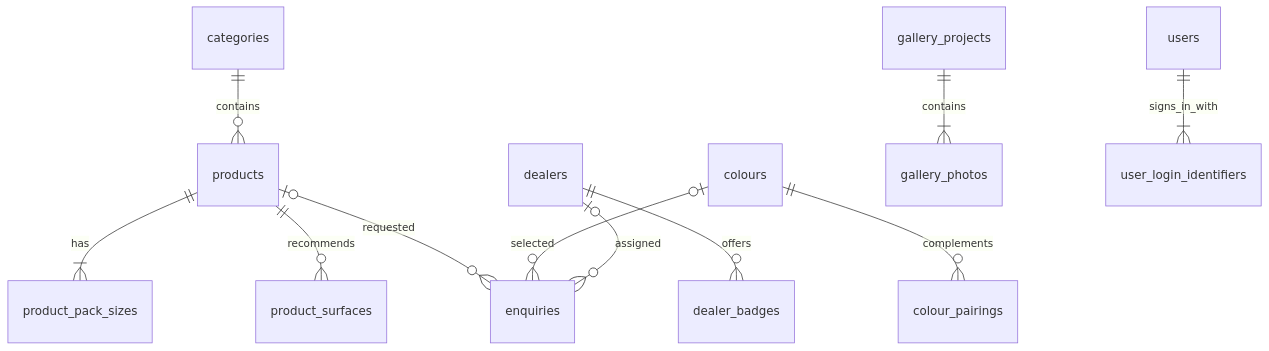
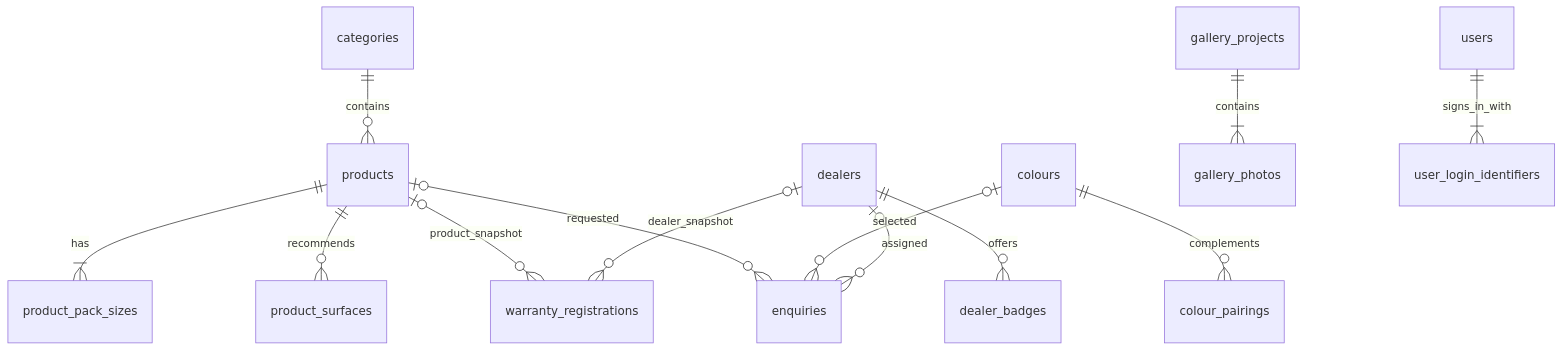
The second of 2 diagrams in AREVA_TECHNICAL_DOCUMENTATION.md (areva-Paints/areva-paint_new), drawn with Mermaid before and after one commit. The commit also changed other lines of this file and 25 other files, not shown here.

````diff
--- a/AREVA_TECHNICAL_DOCUMENTATION.md
+++ b/AREVA_TECHNICAL_DOCUMENTATION.md
@@ -527,13 +527,15 @@
 ```mermaid
 erDiagram
   categories ||--o{ products : contains
   products ||--|{ product_pack_sizes : has
   products ||--o{ product_surfaces : recommends
   dealers ||--o{ dealer_badges : offers
+  products |o--o{ warranty_registrations : product_snapshot
+  dealers |o--o{ warranty_registrations : dealer_snapshot
   colours ||--o{ colour_pairings : complements
   gallery_projects ||--|{ gallery_photos : contains
   products o|--o{ enquiries : requested
   colours o|--o{ enquiries : selected
   dealers o|--o{ enquiries : assigned
   users ||--|{ user_login_identifiers : signs_in_with
 ```
````
